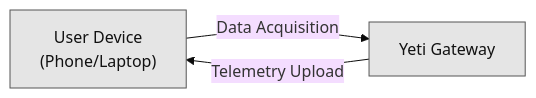
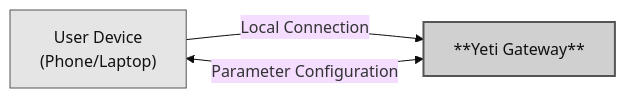
Before and after one commit to yugen-m7/yeti_docs: the second of 2 diagrams in wiki/system_architecture.md, drawn with Mermaid (base theme). The commit also changed other lines of this file and 42 other files, not shown here.

````diff
--- a/wiki/system_architecture.md
+++ b/wiki/system_architecture.md
@@ -31,13 +39,13 @@
 ```mermaid
 flowchart LR
     classDef block fill:#e5e5e5,stroke:#555,stroke-width:1px,color:#111;
+    classDef block0 fill:#d0d0d0,stroke:#555,stroke-width:2px,color:#111;
 
-    %% Subgroups (optional but cleaner in MkDocs)
-        PC["User Device </br> (Phone/Laptop)"]:::block
-        Gateway["Yeti Gateway"]:::block
+    %% Nodes
+    PC["User Device<br>(Phone/Laptop)"]:::block
+    Gateway["**Yeti Gateway**"]:::block0
 
-    %% Flows
-    PC -->| Data Acquisition| Gateway
-    Gateway -->| Telemetry Upload| PC
-
+    %% Flows (top → middle → bottom)
+    PC -->|Local Connection| Gateway
+    Gateway <-->|Parameter Configuration| PC
 ```
````
